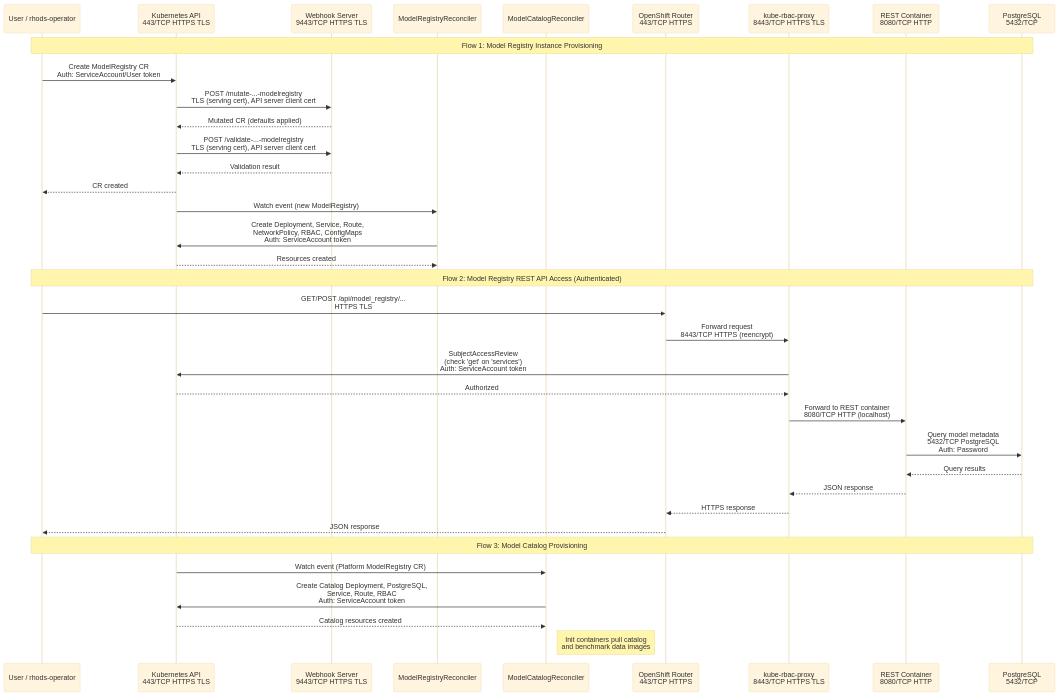
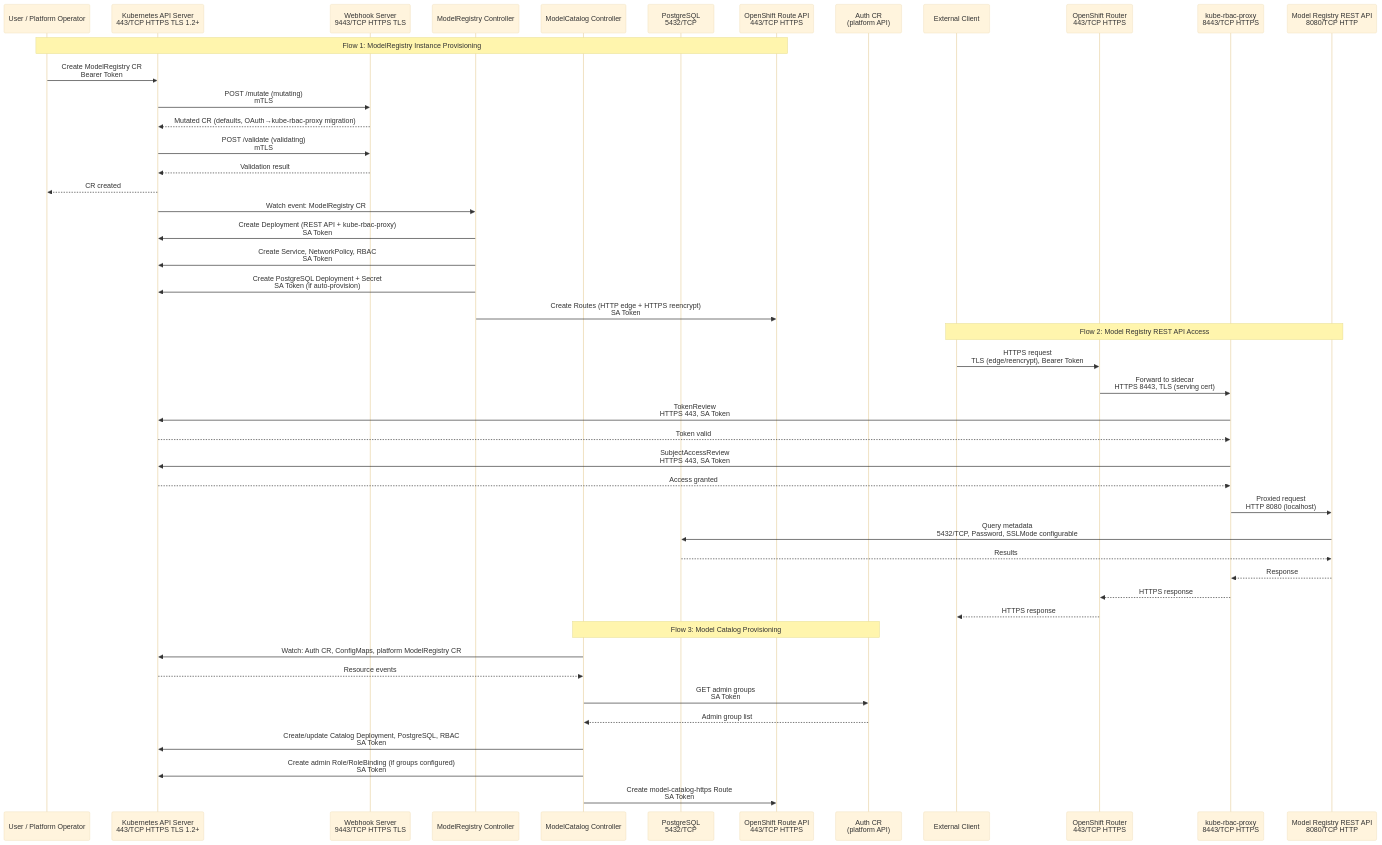
Before and after one commit to rhuss/architecture-context: the diagram in architecture/rhoai-3.4/diagrams/model-registry-operator-dataflow.mmd, drawn with Mermaid (base theme). The commit also changed 1980 other files, not shown here.

First line of the commit message:
regenerate architecture for rhoai-2.25 and rhoai-3.4, make PNG export opt-in

```diff
--- a/architecture/rhoai-3.4/diagrams/model-registry-operator-dataflow.mmd
+++ b/architecture/rhoai-3.4/diagrams/model-registry-operator-dataflow.mmd
@@ -1,46 +1,53 @@
-%% Data Flow Diagram - Model Registry Operator
-%% Generated by: Claude Opus 4.6
-%% Source: architecture/rhoai-3.4/model-registry-operator.md
+sequenceDiagram
+    participant User as User / Platform Operator
+    participant K8sAPI as Kubernetes API Server<br/>443/TCP HTTPS TLS 1.2+
+    participant Webhook as Webhook Server<br/>9443/TCP HTTPS TLS
+    participant Controller as ModelRegistry Controller
+    participant CatalogCtrl as ModelCatalog Controller
+    participant PostgreSQL as PostgreSQL<br/>5432/TCP
+    participant RouteAPI as OpenShift Route API<br/>443/TCP HTTPS
+    participant AuthCR as Auth CR<br/>(platform API)
+    participant Client as External Client
+    participant Router as OpenShift Router<br/>443/TCP HTTPS
+    participant KubeRBAC as kube-rbac-proxy<br/>8443/TCP HTTPS
+    participant RestAPI as Model Registry REST API<br/>8080/TCP HTTP
 
-sequenceDiagram
-    participant User as User / rhods-operator
-    participant K8sAPI as Kubernetes API<br/>443/TCP HTTPS TLS
-    participant Webhook as Webhook Server<br/>9443/TCP HTTPS TLS
-    participant MRCtrl as ModelRegistryReconciler
-    participant MCCtrl as ModelCatalogReconciler
-    participant Router as OpenShift Router<br/>443/TCP HTTPS
-    participant KubeRBAC as kube-rbac-proxy<br/>8443/TCP HTTPS TLS
-    participant REST as REST Container<br/>8080/TCP HTTP
-    participant PG as PostgreSQL<br/>5432/TCP
+    Note over User,RouteAPI: Flow 1: ModelRegistry Instance Provisioning
 
-    Note over User,PG: Flow 1: Model Registry Instance Provisioning
-
-    User->>K8sAPI: Create ModelRegistry CR<br/>Auth: ServiceAccount/User token
-    K8sAPI->>Webhook: POST /mutate-...-modelregistry<br/>TLS (serving cert), API server client cert
-    Webhook-->>K8sAPI: Mutated CR (defaults applied)
-    K8sAPI->>Webhook: POST /validate-...-modelregistry<br/>TLS (serving cert), API server client cert
+    User->>K8sAPI: Create ModelRegistry CR<br/>Bearer Token
+    K8sAPI->>Webhook: POST /mutate (mutating)<br/>mTLS
+    Webhook-->>K8sAPI: Mutated CR (defaults, OAuth→kube-rbac-proxy migration)
+    K8sAPI->>Webhook: POST /validate (validating)<br/>mTLS
     Webhook-->>K8sAPI: Validation result
     K8sAPI-->>User: CR created
-    K8sAPI->>MRCtrl: Watch event (new ModelRegistry)
-    MRCtrl->>K8sAPI: Create Deployment, Service, Route,<br/>NetworkPolicy, RBAC, ConfigMaps<br/>Auth: ServiceAccount token
-    K8sAPI-->>MRCtrl: Resources created
 
-    Note over User,PG: Flow 2: Model Registry REST API Access (Authenticated)
+    K8sAPI->>Controller: Watch event: ModelRegistry CR
+    Controller->>K8sAPI: Create Deployment (REST API + kube-rbac-proxy)<br/>SA Token
+    Controller->>K8sAPI: Create Service, NetworkPolicy, RBAC<br/>SA Token
+    Controller->>K8sAPI: Create PostgreSQL Deployment + Secret<br/>SA Token (if auto-provision)
+    Controller->>RouteAPI: Create Routes (HTTP edge + HTTPS reencrypt)<br/>SA Token
 
-    User->>Router: GET/POST /api/model_registry/...<br/>HTTPS TLS
-    Router->>KubeRBAC: Forward request<br/>8443/TCP HTTPS (reencrypt)
-    KubeRBAC->>K8sAPI: SubjectAccessReview<br/>(check 'get' on 'services')<br/>Auth: ServiceAccount token
-    K8sAPI-->>KubeRBAC: Authorized
-    KubeRBAC->>REST: Forward to REST container<br/>8080/TCP HTTP (localhost)
-    REST->>PG: Query model metadata<br/>5432/TCP PostgreSQL<br/>Auth: Password
-    PG-->>REST: Query results
-    REST-->>KubeRBAC: JSON response
+    Note over Client,RestAPI: Flow 2: Model Registry REST API Access
+
+    Client->>Router: HTTPS request<br/>TLS (edge/reencrypt), Bearer Token
+    Router->>KubeRBAC: Forward to sidecar<br/>HTTPS 8443, TLS (serving cert)
+    KubeRBAC->>K8sAPI: TokenReview<br/>HTTPS 443, SA Token
+    K8sAPI-->>KubeRBAC: Token valid
+    KubeRBAC->>K8sAPI: SubjectAccessReview<br/>HTTPS 443, SA Token
+    K8sAPI-->>KubeRBAC: Access granted
+    KubeRBAC->>RestAPI: Proxied request<br/>HTTP 8080 (localhost)
+    RestAPI->>PostgreSQL: Query metadata<br/>5432/TCP, Password, SSLMode configurable
+    PostgreSQL-->>RestAPI: Results
+    RestAPI-->>KubeRBAC: Response
     KubeRBAC-->>Router: HTTPS response
-    Router-->>User: JSON response
+    Router-->>Client: HTTPS response
 
-    Note over User,PG: Flow 3: Model Catalog Provisioning
+    Note over CatalogCtrl,AuthCR: Flow 3: Model Catalog Provisioning
 
-    K8sAPI->>MCCtrl: Watch event (Platform ModelRegistry CR)
-    MCCtrl->>K8sAPI: Create Catalog Deployment, PostgreSQL,<br/>Service, Route, RBAC<br/>Auth: ServiceAccount token
-    K8sAPI-->>MCCtrl: Catalog resources created
-    Note right of MCCtrl: Init containers pull catalog<br/>and benchmark data images
+    CatalogCtrl->>K8sAPI: Watch: Auth CR, ConfigMaps, platform ModelRegistry CR
+    K8sAPI-->>CatalogCtrl: Resource events
+    CatalogCtrl->>AuthCR: GET admin groups<br/>SA Token
+    AuthCR-->>CatalogCtrl: Admin group list
+    CatalogCtrl->>K8sAPI: Create/update Catalog Deployment, PostgreSQL, RBAC<br/>SA Token
+    CatalogCtrl->>K8sAPI: Create admin Role/RoleBinding (if groups configured)<br/>SA Token
+    CatalogCtrl->>RouteAPI: Create model-catalog-https Route<br/>SA Token
```
